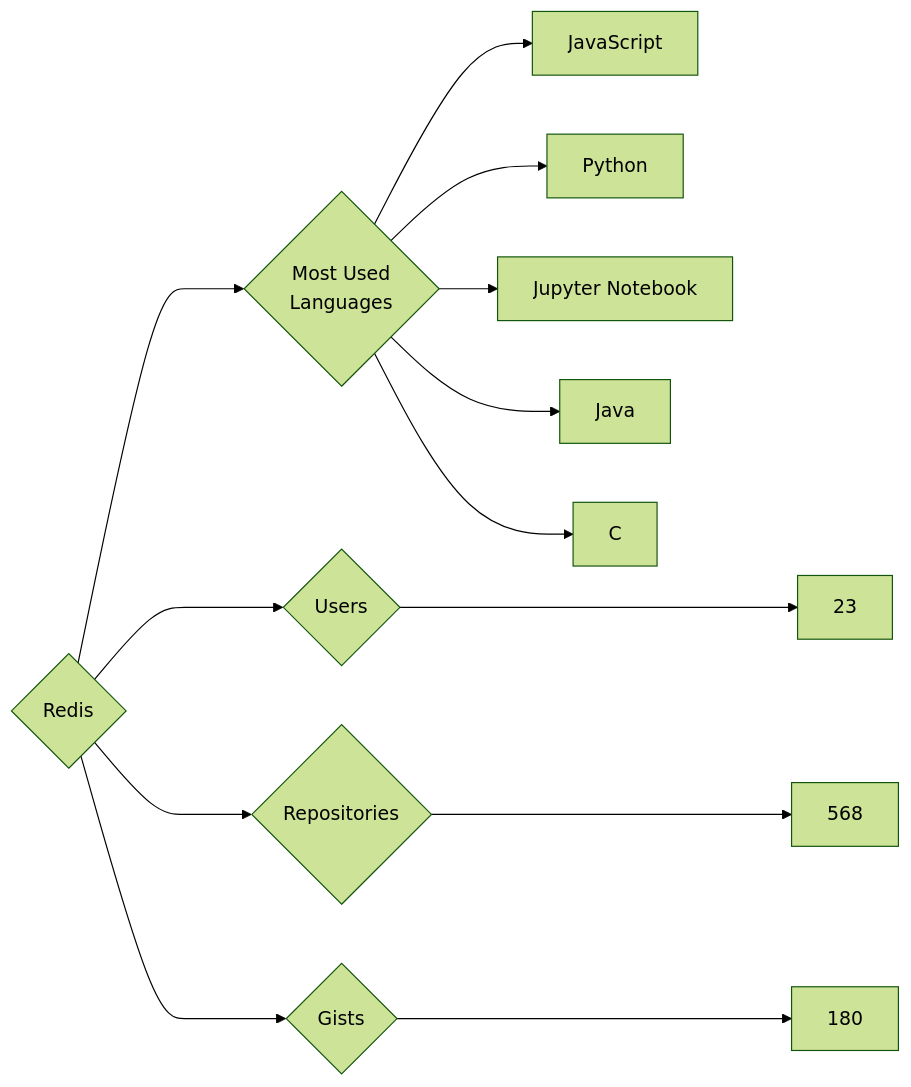
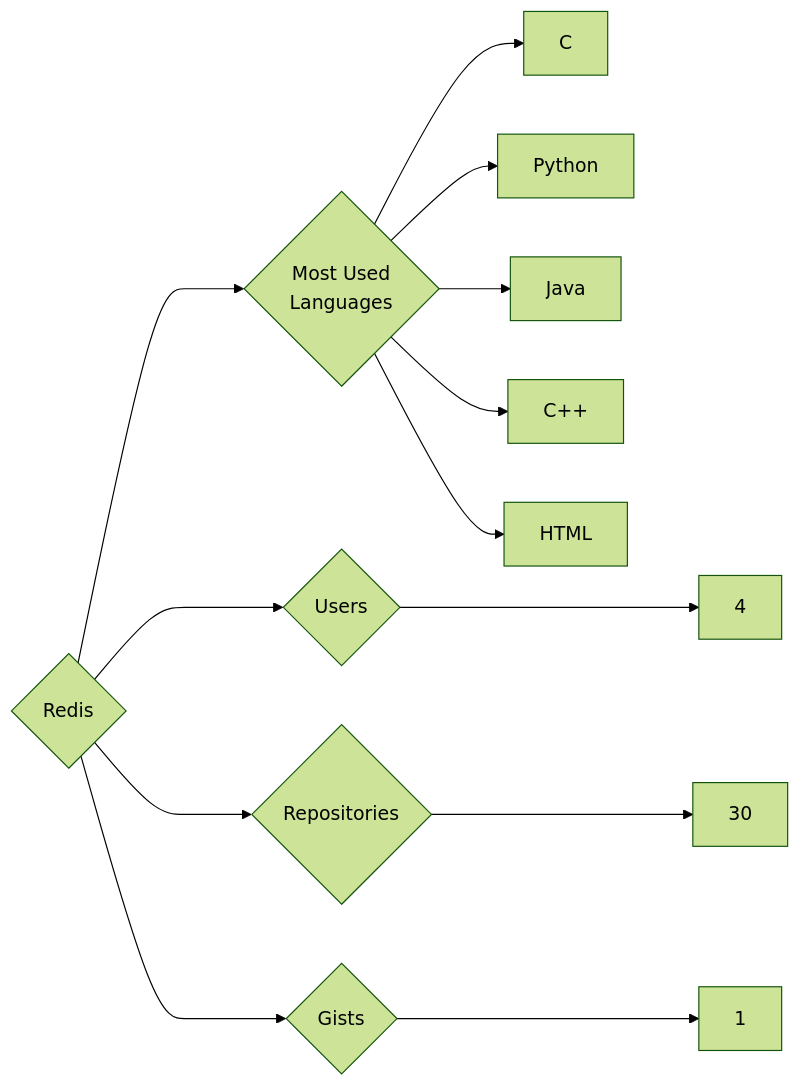
The diagram in targets/Redis/README.md (trickest/insiders), drawn with Mermaid (forest theme) before and after one commit. The commit also changed 970 other files, not shown here.

````diff
--- a/targets/Redis/README.md
+++ b/targets/Redis/README.md
@@ -3,13 +3,13 @@
 ```mermaid
 graph LR
 COMPANY_NAME{Redis}
-COMPANY_NAME ---> U{Users} ---> UN[23]
-COMPANY_NAME ---> R{Repositories} ---> RN[568]
-COMPANY_NAME ---> G{Gists} ---> GN[180]
+COMPANY_NAME ---> U{Users} ---> UN[4]
+COMPANY_NAME ---> R{Repositories} ---> RN[30]
+COMPANY_NAME ---> G{Gists} ---> GN[1]
 COMPANY_NAME ---> ML{Most Used<br>Languages}
-ML --> JavaScript[JavaScript]
+ML --> C[C]
 ML --> Python[Python]
-ML --> Jupyter_Notebook[Jupyter Notebook]
 ML --> Java[Java]
-ML --> C[C]
+ML --> C++[C++]
+ML --> HTML[HTML]
 ```
````
